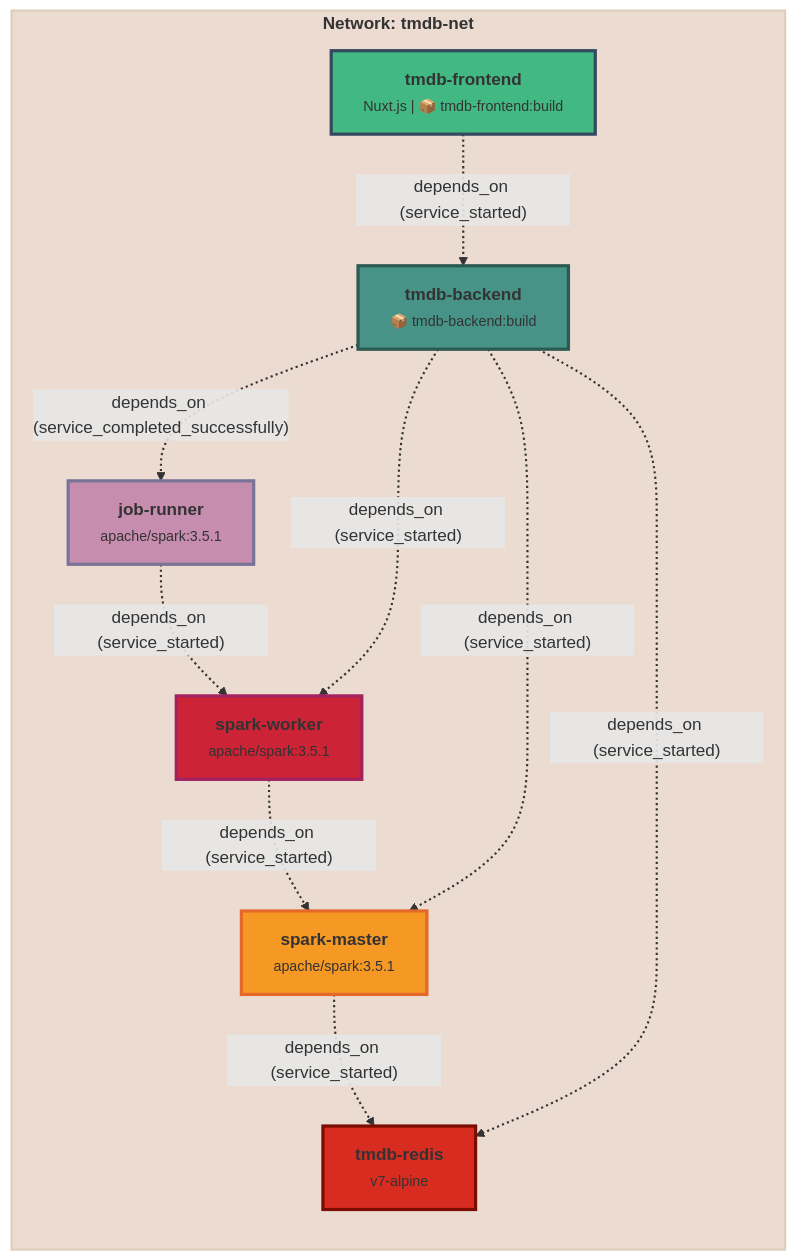
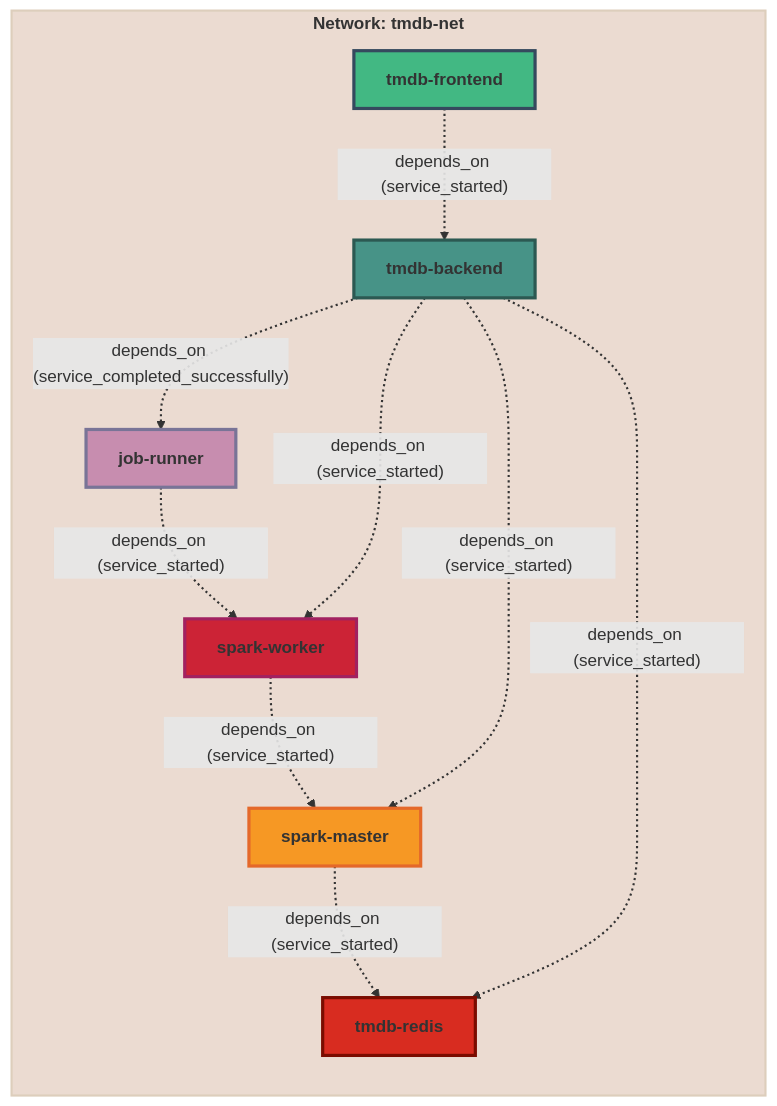
One commit to mbofos01/tmdb-spark-recommendation-extension changed the diagram in README.md. Above: the diagram before and after it, drawn with Mermaid.

````diff
--- a/README.md
+++ b/README.md
@@ -5,44 +5,44 @@
 ```mermaid
     %%{init: {"theme": "default", "themeVariables": {"background":"#ffffff"}}}%%
     graph BT
       subgraph Network_tmdb-net[<b>Network: tmdb-net</b>]
         tmdb-redis["<b>tmdb-redis</b>"]
-        spark-master["<b>spark-master</b><br/><small>apache/spark:3.5.1</small>"]
-        spark-worker["<b>spark-worker</b><br/><small>apache/spark:3.5.1</small>"]
-        job-runner["<b>job-runner</b><br/><small>apache/spark:3.5.1</small>"]
+        spark-master["<b>spark-master</b>"]
+        spark-worker["<b>spark-worker</b>"]
+        job-runner["<b>job-runner</b>"]
         tmdb-backend["<b>tmdb-backend</b>"]
         tmdb-frontend["<b>tmdb-frontend</b>"]
       end
       style Network_tmdb-net fill:#EBDBD1,stroke:#DDCEBC,stroke-width:2,stroke-dasharray:0
-      tmdb-redis["<b>tmdb-redis</b><br/><small>v7-alpine</small>"]
-      spark-master["<b>spark-master</b><br/><small>apache/spark:3.5.1</small>"]
-      spark-worker["<b>spark-worker</b><br/><small>apache/spark:3.5.1</small>"]
-      job-runner["<b>job-runner</b><br/><small>apache/spark:3.5.1</small>"]
-      tmdb-backend["<b>tmdb-backend</b><br/><small>📦 tmdb-backend:build</small>"]
-      tmdb-frontend["<b>tmdb-frontend</b><br/><small>Nuxt.js | 📦 tmdb-frontend:build</small>"]
+      tmdb-redis["<b>tmdb-redis</b>"]
+      spark-master["<b>spark-master</b>"]
+      spark-worker["<b>spark-worker</b>"]
+      job-runner["<b>job-runner</b>"]
+      tmdb-backend["<b>tmdb-backend</b>"]
+      tmdb-frontend["<b>tmdb-frontend</b>"]
       spark-master -- depends_on (service_started) --> tmdb-redis
       linkStyle 0 stroke-width:2,stroke-dasharray:2 3
       spark-worker -- depends_on (service_started) --> spark-master
       linkStyle 1 stroke-width:2,stroke-dasharray:2 3
       job-runner -- depends_on (service_started) --> spark-worker
       linkStyle 2 stroke-width:2,stroke-dasharray:2 3
       tmdb-backend -- depends_on (service_completed_successfully) --> job-runner
       linkStyle 3 stroke-width:2,stroke-dasharray:2 3
       tmdb-backend -- depends_on (service_started) --> spark-master
       linkStyle 4 stroke-width:2,stroke-dasharray:2 3
       tmdb-backend -- depends_on (service_started) --> spark-worker
       linkStyle 5 stroke-width:2,stroke-dasharray:2 3
       tmdb-backend -- depends_on (service_started) --> tmdb-redis
       linkStyle 6 stroke-width:2,stroke-dasharray:2 3
       tmdb-frontend -- depends_on (service_started) --> tmdb-backend
       linkStyle 7 stroke-width:2,stroke-dasharray:2 3
       style tmdb-redis fill:#D82C20,stroke:#7A0C00,stroke-width:3,stroke-dasharray:0
       style spark-master fill:#F69824,stroke:#E4682A,stroke-width:3,stroke-dasharray:0
       style spark-worker fill:#CC2336,stroke:#A22160,stroke-width:3,stroke-dasharray:0
       style job-runner fill:#C78DAF,stroke:#797497,stroke-width:3,stroke-dasharray:0
       style tmdb-backend fill:#479387,stroke:#2c5952,stroke-width:3,stroke-dasharray:0
       style tmdb-frontend fill:#42b883,stroke:#35495e,stroke-width:3,stroke-dasharray:0
 
 
 
 ```
````
